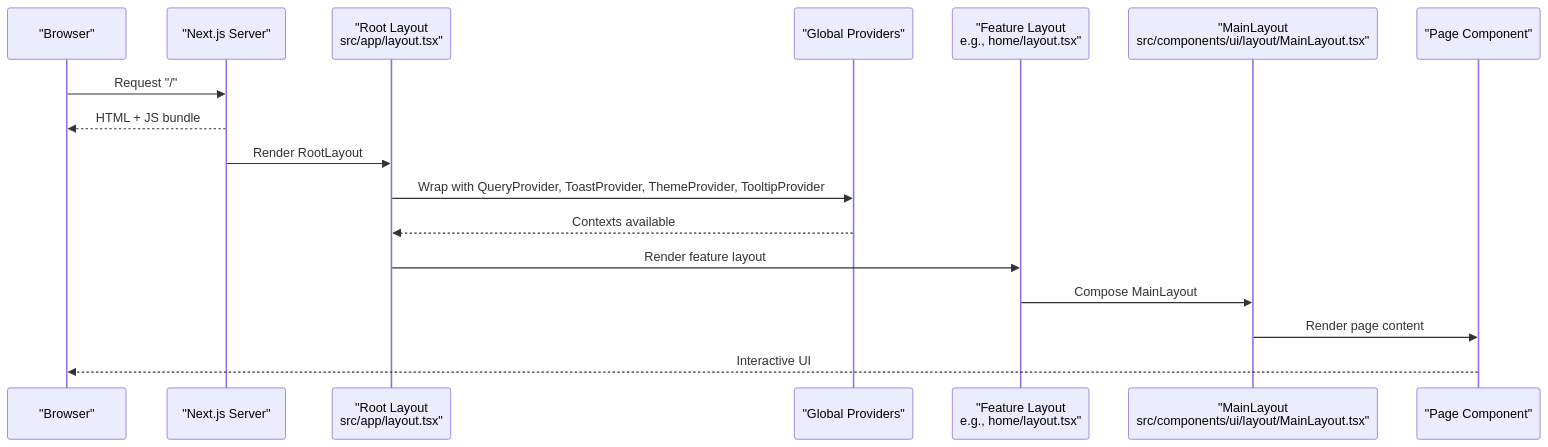
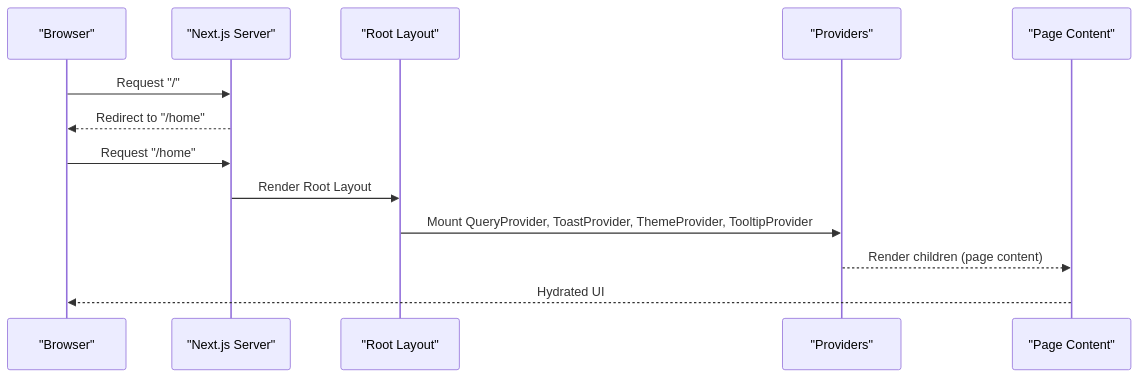
One commit to Meaetin/alibaba-hackathon changed the third of 6 diagrams in .qoder/repowiki/en/content/Architecture Overview/System Design.md. Above: the diagram before and after it, drawn with Mermaid. The commit also changed other lines of this file and 241 other files, not shown here.

````diff
--- a/.qoder/repowiki/en/content/Architecture Overview/System Design.md
+++ b/.qoder/repowiki/en/content/Architecture Overview/System Design.md
@@ -104,19 +130,15 @@
 ```mermaid
 sequenceDiagram
 participant Browser as "Browser"
-participant NextJS as "Next.js Server"
-participant Root as "Root Layout<br/>src/app/layout.tsx"
-participant Providers as "Global Providers"
-participant Feature as "Feature Layout<br/>e.g., home/layout.tsx"
-participant Shell as "MainLayout<br/>src/components/ui/layout/MainLayout.tsx"
-participant Page as "Page Component"
-Browser->>NextJS : Request "/"
-NextJS-->>Browser : HTML + JS bundle
-NextJS->>Root : Render RootLayout
-Root->>Providers : Wrap with QueryProvider, ToastProvider, ThemeProvider, TooltipProvider
-Providers-->>Root : Contexts available
-Root->>Feature : Render feature layout
-Feature->>Shell : Compose MainLayout
-Shell->>Page : Render page content
-Page-->>Browser : Interactive UI
+participant Next as "Next.js Server"
+participant Root as "Root Layout"
+participant Providers as "Providers"
+participant Child as "Page Content"
+Browser->>Next : Request "/"
+Next-->>Browser : Redirect to "/home"
+Browser->>Next : Request "/home"
+Next->>Root : Render Root Layout
+Root->>Providers : Mount QueryProvider, ToastProvider, ThemeProvider, TooltipProvider
+Providers-->>Child : Render children (page content)
+Child-->>Browser : Hydrated UI
 ```
````
